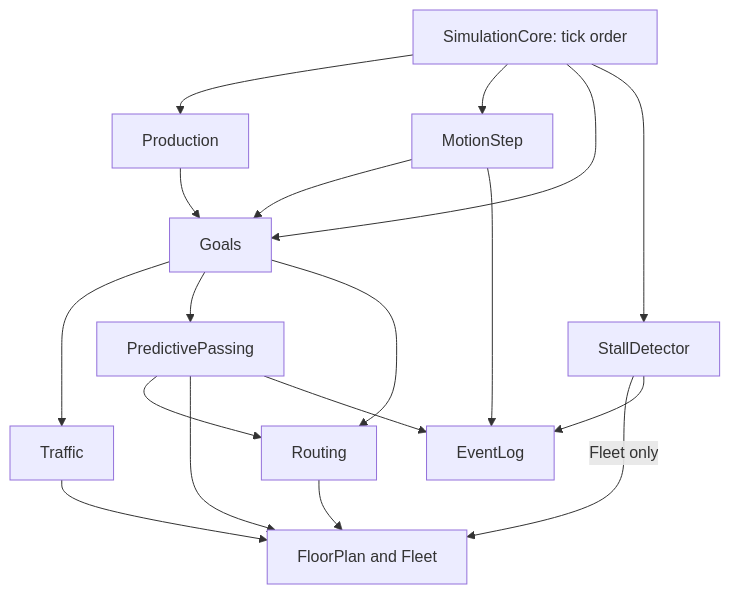
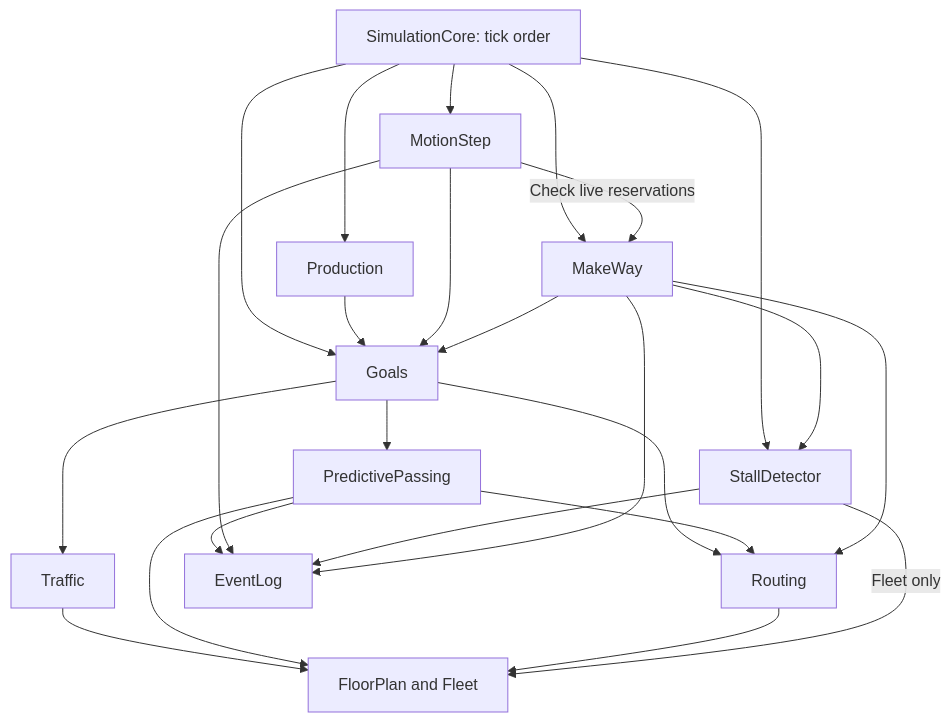
Before and after one commit to SMB-M87/Kinetra-Lab: the second of 3 diagrams in docs/factory-simulation-architecture.md, drawn with Mermaid. The commit also changed other lines of this file and 14 other files, not shown here.

Commit message:
fix(i4sim): address review: preserve checked make-way returns

````diff
--- a/docs/factory-simulation-architecture.md
+++ b/docs/factory-simulation-architecture.md
@@ -67,20 +67,26 @@
 ```mermaid
 flowchart TD
     S[SimulationCore: tick order] --> P[Production]
     S --> M[MotionStep]
     S --> G[Goals]
     S --> SD[StallDetector]
+    S --> MW[MakeWay]
     P --> G
     M --> G
+    M -->|Check live reservations| MW
     G --> T[Traffic]
     G --> PP[PredictivePassing]
     G --> R[Routing]
     PP --> R
     T --> F[FloorPlan and Fleet]
     PP --> F
     R --> F
     PP --> E[EventLog]
     M --> E
     SD -->|Fleet only| F
     SD --> E
+    MW --> SD
+    MW --> G
+    MW --> R
+    MW --> E
 ```
````
